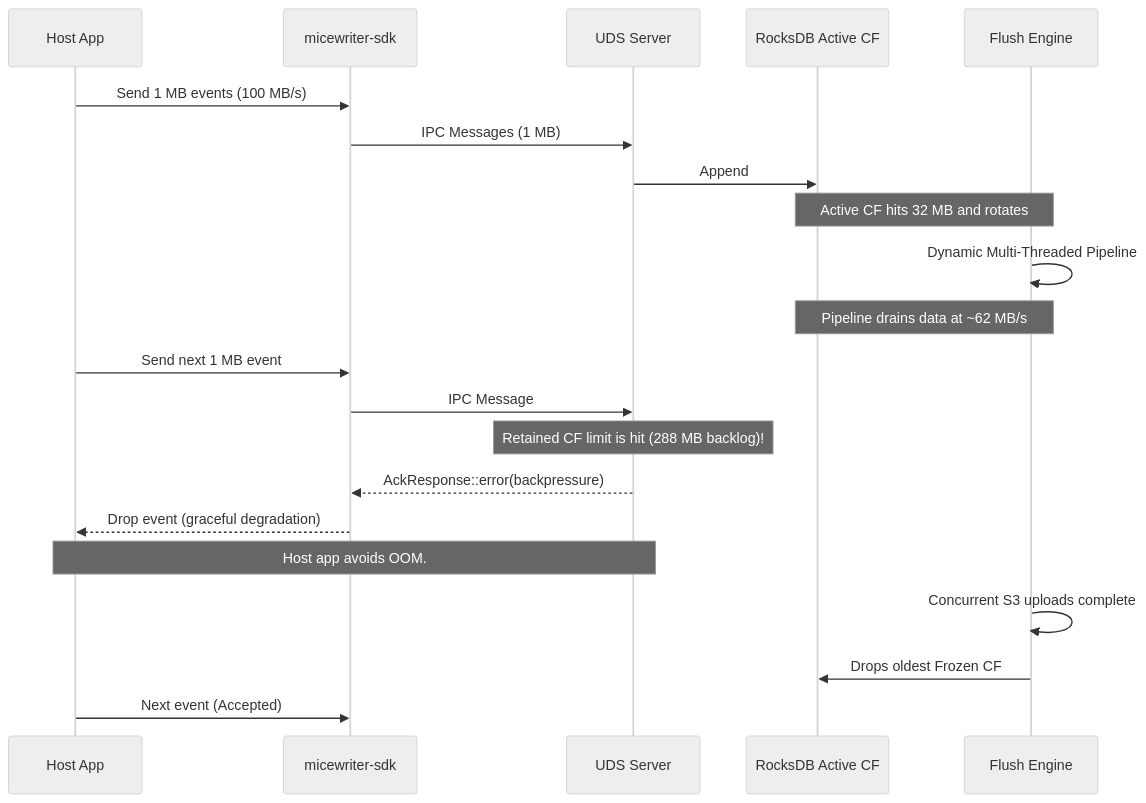
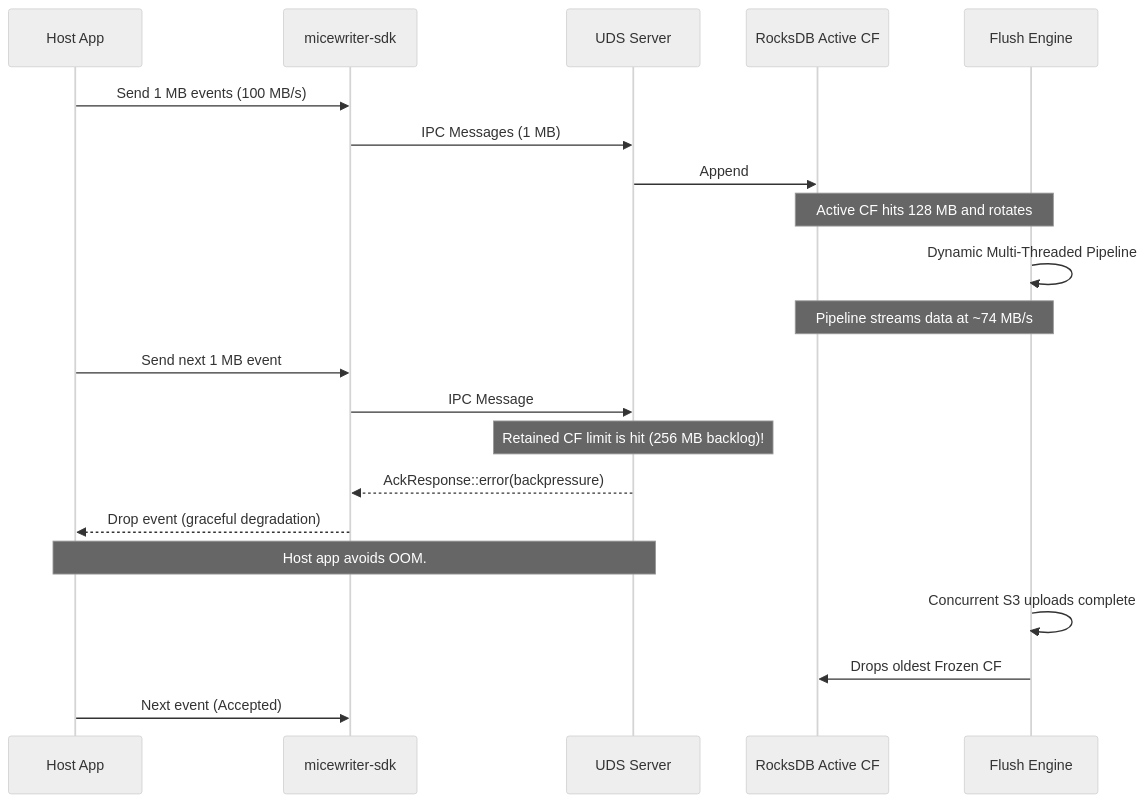
Before and after one commit to markovarghese/micewriter-hub: the second of 2 diagrams in docs/limits-and-backpressure.md, drawn with Mermaid (neutral theme). The commit also changed other lines of this file and 2 other files, not shown here.

Commit message:
docs: update mermaid diagrams and text to reflect 128MB/74MBs streaming limits

````diff
--- a/docs/limits-and-backpressure.md
+++ b/docs/limits-and-backpressure.md
@@ -102,23 +102,23 @@
 ```mermaid
 sequenceDiagram
     participant App as Host App
     participant SDK as micewriter-sdk
     participant UDS as UDS Server
     participant ActiveCF as RocksDB Active CF
     participant Flush as Flush Engine
     App->>SDK: Send 1 MB events (100 MB/s)
     SDK->>UDS: IPC Messages (1 MB)
     UDS->>ActiveCF: Append
-    Note over ActiveCF,Flush: Active CF hits 32 MB and rotates
+    Note over ActiveCF,Flush: Active CF hits 128 MB and rotates
     Flush->>Flush: Dynamic Multi-Threaded Pipeline
-    Note over ActiveCF,Flush: Pipeline drains data at ~62 MB/s
+    Note over ActiveCF,Flush: Pipeline streams data at ~74 MB/s
     App->>SDK: Send next 1 MB event
     SDK->>UDS: IPC Message
-    Note over UDS: Retained CF limit is hit (288 MB backlog)!
+    Note over UDS: Retained CF limit is hit (256 MB backlog)!
     UDS-->>SDK: AckResponse::error(backpressure)
     SDK-->>App: Drop event (graceful degradation)
     Note over App,UDS: Host app avoids OOM.
     Flush->>Flush: Concurrent S3 uploads complete
     Flush->>ActiveCF: Drops oldest Frozen CF
     App->>SDK: Next event (Accepted)
 ```
````
